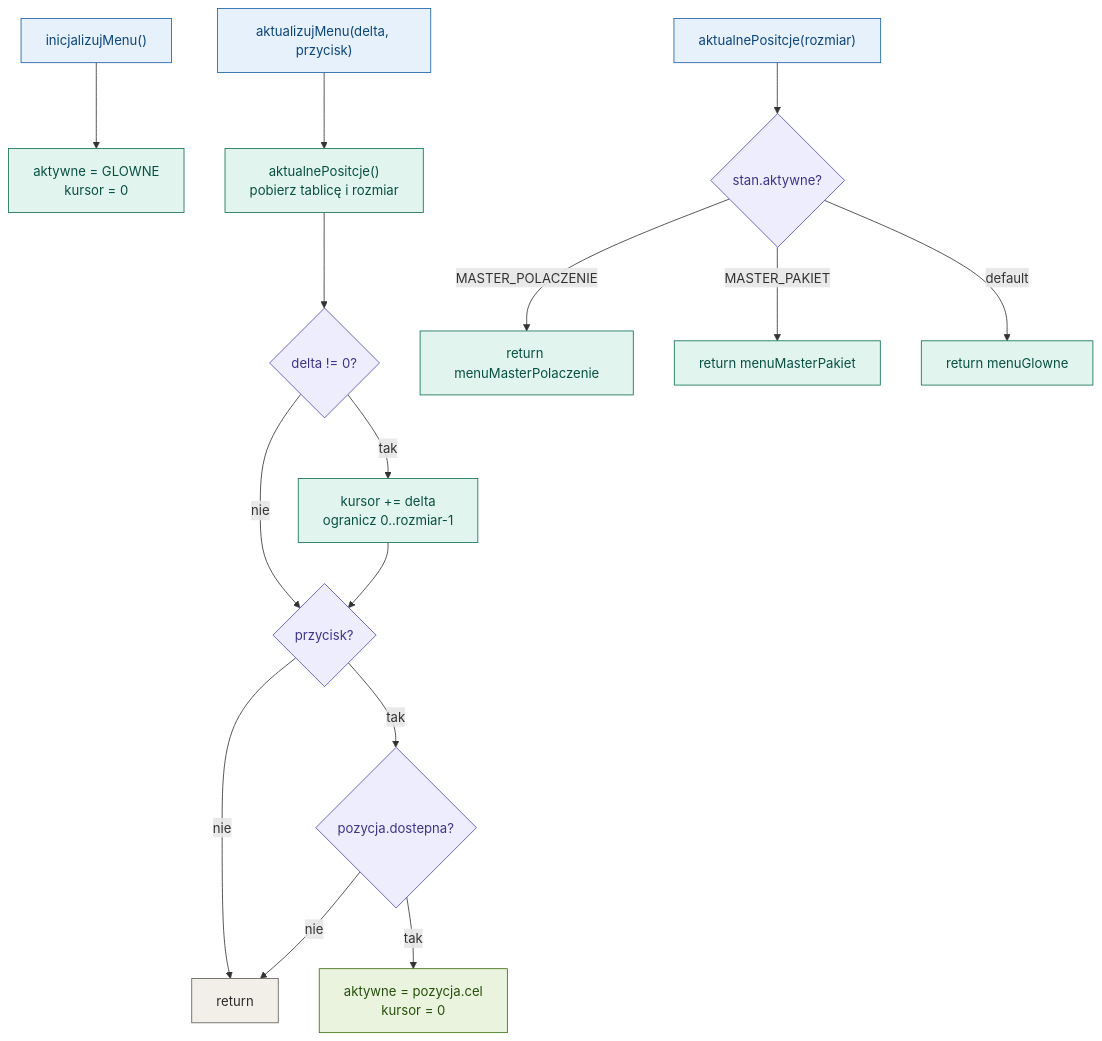
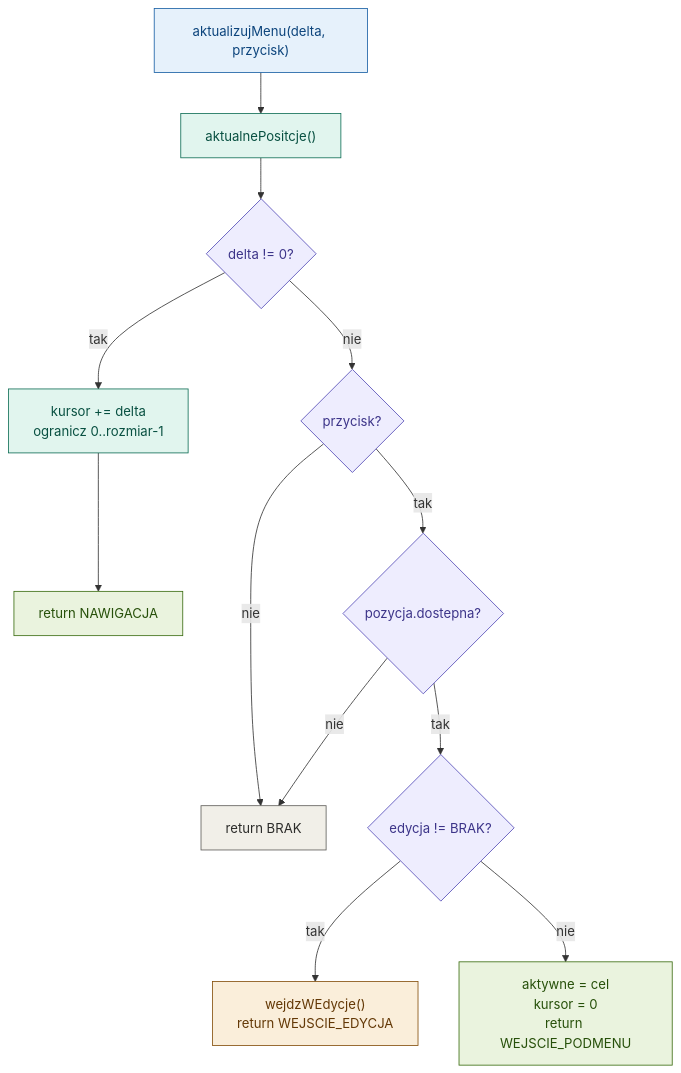
Before and after one commit to przemek2508p/esp32-modbus-w5500: the seventh of 9 diagrams in README.md, drawn with Mermaid. The commit also changed other lines of this file, not shown here.

Commit message:
docs(readme): etap 5 konfiguracja - diagramy edycji wartosci i glownej petli

````diff
--- a/README.md
+++ b/README.md
@@ -358,25 +356,21 @@
 ```mermaid
 flowchart TD
-    A["inicjalizujMenu()"]:::blue --> B["aktywne = GLOWNE<br/>kursor = 0"]:::teal
- 
-    C["aktualizujMenu(delta, przycisk)"]:::blue --> D["aktualnePositcje()<br/>pobierz tablicę i rozmiar"]:::teal
-    D --> E{"delta != 0?"}:::purple
-    E -- tak --> F["kursor += delta<br/>ogranicz 0..rozmiar-1"]:::teal
-    E -- nie --> G{"przycisk?"}:::purple
-    F --> G
-    G -- nie --> H["return"]:::gray
-    G -- tak --> I{"pozycja.dostepna?"}:::purple
-    I -- nie --> H
-    I -- tak --> J["aktywne = pozycja.cel<br/>kursor = 0"]:::green
- 
-    K["aktualnePositcje(rozmiar)"]:::blue --> L{"stan.aktywne?"}:::purple
-    L -- MASTER_POLACZENIE --> M["return menuMasterPolaczenie"]:::teal
-    L -- MASTER_PAKIET --> N["return menuMasterPakiet"]:::teal
-    L -- default --> O["return menuGlowne"]:::teal
- 
+    A["aktualizujMenu(delta, przycisk)"]:::blue --> B["aktualnePositcje()"]:::teal
+    B --> C{"delta != 0?"}:::purple
+    C -- tak --> D["kursor += delta<br/>ogranicz 0..rozmiar-1"]:::teal
+    D --> E["return NAWIGACJA"]:::green
+    C -- nie --> F{"przycisk?"}:::purple
+    F -- nie --> G["return BRAK"]:::gray
+    F -- tak --> H{"pozycja.dostepna?"}:::purple
+    H -- nie --> G
+    H -- tak --> I{"edycja != BRAK?"}:::purple
+    I -- tak --> J["wejdzWEdycje()<br/>return WEJSCIE_EDYCJA"]:::amber
+    I -- nie --> K["aktywne = cel<br/>kursor = 0<br/>return WEJSCIE_PODMENU"]:::green
+
     classDef blue fill:#E6F1FB,stroke:#185FA5,color:#0C447C
     classDef purple fill:#EEEDFE,stroke:#534AB7,color:#3C3489
     classDef green fill:#EAF3DE,stroke:#3B6D11,color:#27500A
     classDef teal fill:#E1F5EE,stroke:#0F6E56,color:#085041
+    classDef amber fill:#FAEEDA,stroke:#854F0B,color:#633806
     classDef gray fill:#F1EFE8,stroke:#5F5E5A,color:#2C2C2A
 ```
````
